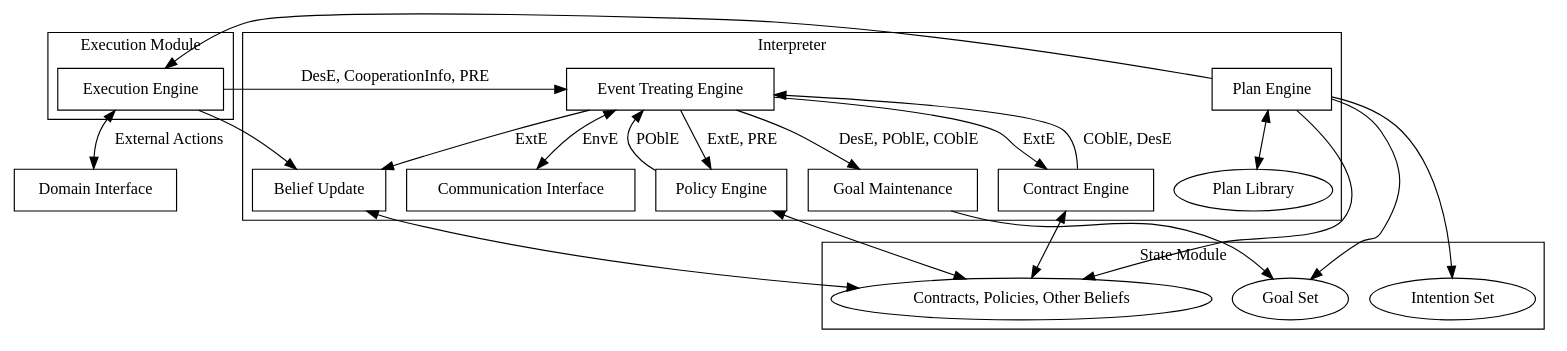
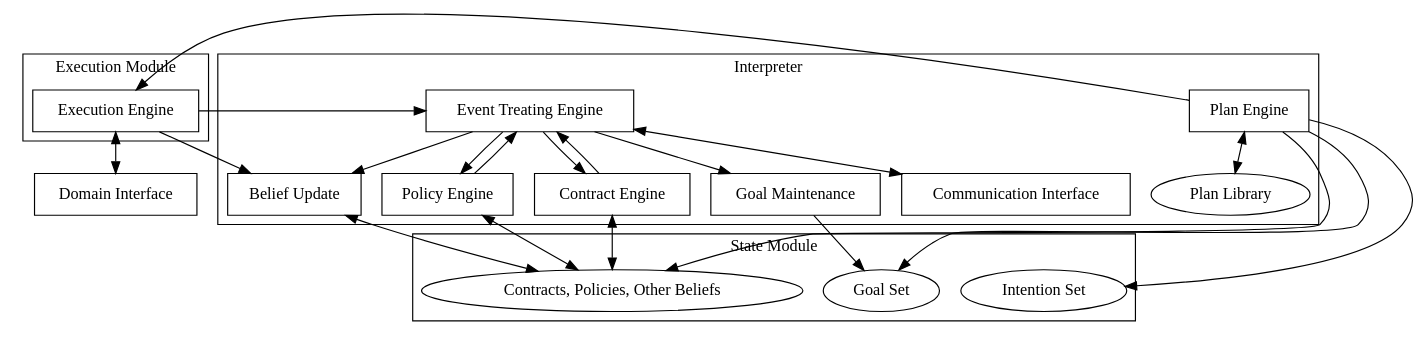
One commit to Entze/APIA changed the diagram in Figures/PDC-agent/Structure.dot. Above: the diagram before and after it, drawn with Graphviz.

Commit message:
Remove labels

```diff
--- a/Figures/PDC-agent/Structure.dot
+++ b/Figures/PDC-agent/Structure.dot
@@ -1,51 +1,51 @@
 digraph {
     node [shape = rectangle];
     "Domain Interface"
     subgraph cluster_Execution_Module {
         label = "Execution Module";
         "Execution Engine";
     }
     subgraph cluster_State_Module {
         label = "State Module";
         "Intention Set" [shape = oval];
         "Goal Set" [shape = oval];
         "Contracts, Policies, Other Beliefs" [shape = oval];
     }
     subgraph cluster_Interpreter {
         label = "Interpreter";
         "Plan Library" [shape = oval];
         "Plan Engine";
         "Goal Maintenance";
         "Contract Engine";
         "Policy Engine";
         "Event Treating Engine";
         "Belief Update";
         "Communication Interface";
     }
 
-    "Execution Engine" -> "Domain Interface" [dir = both label = "External Actions"];
+    "Execution Engine" -> "Domain Interface" [dir = both];
     "Execution Engine" -> "Belief Update";
-    "Execution Engine" -> "Event Treating Engine" [label = "DesE, CooperationInfo, PRE"];
+    "Execution Engine" -> "Event Treating Engine";
 
     "Plan Engine" -> "Intention Set";
     "Plan Engine" -> "Plan Library" [dir = both];
     "Plan Engine" -> "Execution Engine";
     "Plan Engine" -> "Contracts, Policies, Other Beliefs";
     "Plan Engine" -> "Goal Set";
 
     "Goal Maintenance" -> "Goal Set";
 
     "Contract Engine" -> "Contracts, Policies, Other Beliefs" [dir = both];
-    "Contract Engine" -> "Event Treating Engine" [label = "COblE, DesE"];
+    "Contract Engine" -> "Event Treating Engine";
 
-    "Policy Engine" -> "Event Treating Engine" [label = "POblE"];
+    "Policy Engine" -> "Event Treating Engine";
     "Policy Engine" -> "Contracts, Policies, Other Beliefs" [dir = both];
 
-    "Event Treating Engine" -> "Policy Engine" [label = "ExtE, PRE"];
-    "Event Treating Engine" -> "Contract Engine" [label = "ExtE"];
-    "Event Treating Engine" -> "Goal Maintenance" [label = "DesE, POblE, COblE"];
-    "Event Treating Engine" -> "Belief Update" [label = "ExtE"];
-    "Event Treating Engine" -> "Communication Interface" [dir = both label = "EnvE"];
+    "Event Treating Engine" -> "Policy Engine";
+    "Event Treating Engine" -> "Contract Engine";
+    "Event Treating Engine" -> "Goal Maintenance";
+    "Event Treating Engine" -> "Belief Update";
+    "Event Treating Engine" -> "Communication Interface" [dir = both];
 
     "Belief Update" -> "Contracts, Policies, Other Beliefs" [dir = both];
 }
```
